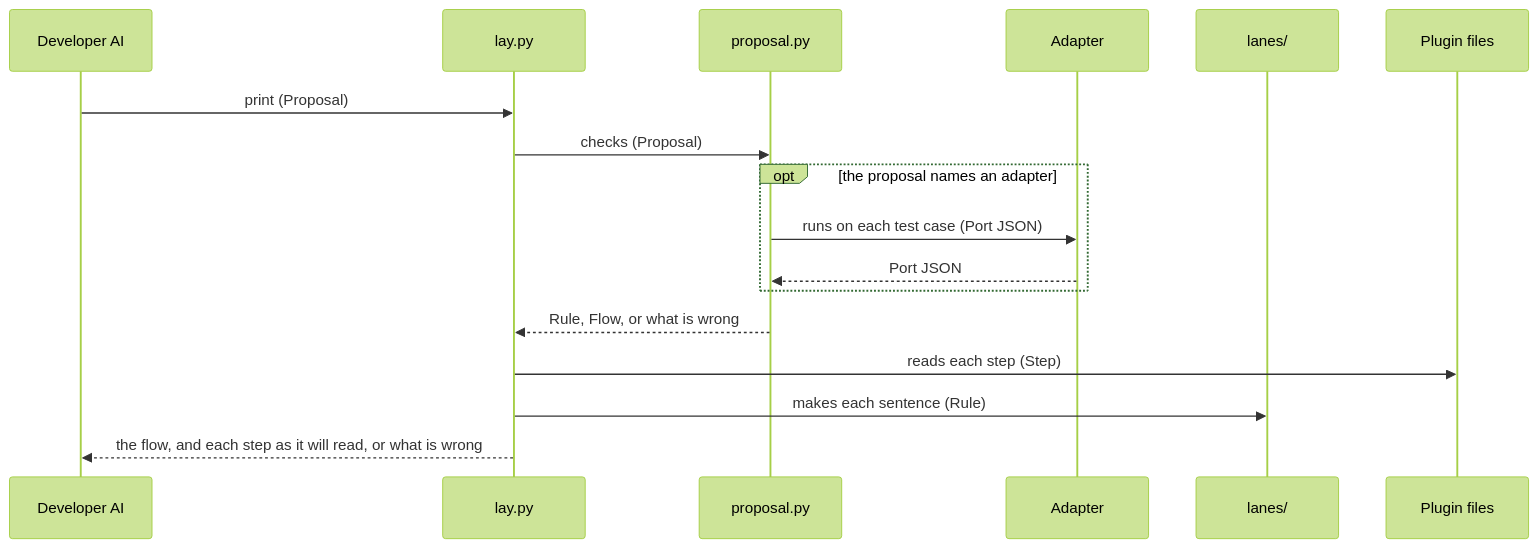
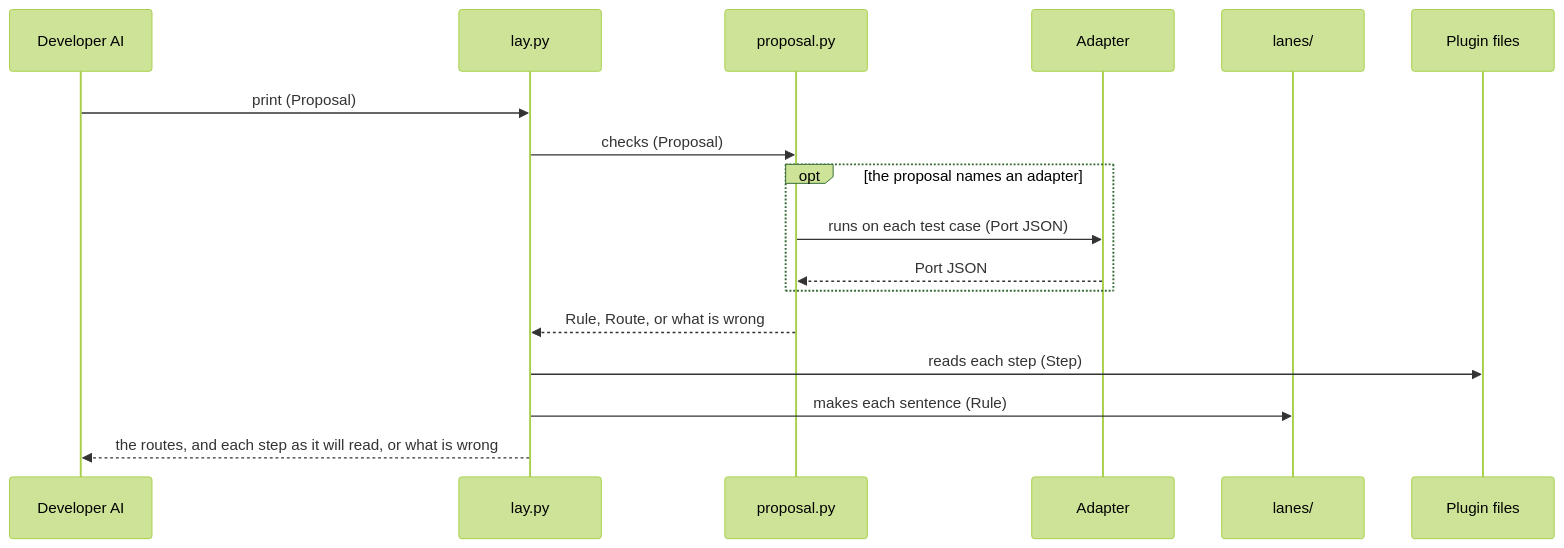
One commit to lovaizu/ccpm changed the first of 5 diagrams in dev/lane/architecture.md. Above: the diagram before and after it, drawn with Mermaid (forest theme). The commit also changed other lines of this file and 5 other files, not shown here.

````diff
--- a/dev/lane/architecture.md
+++ b/dev/lane/architecture.md
@@ -137,19 +158,19 @@
 ```mermaid
 sequenceDiagram
   participant DA as Developer AI
   participant L as lay.py
   participant P as proposal.py
   participant AD as Adapter
   participant LN as lanes/
   participant PF as Plugin files
   DA->>L: print (Proposal)
   L->>P: checks (Proposal)
   opt the proposal names an adapter
     P->>AD: runs on each test case (Port JSON)
     AD-->>P: Port JSON
   end
-  P-->>L: Rule, Flow, or what is wrong
+  P-->>L: Rule, Route, or what is wrong
   L->>PF: reads each step (Step)
   L->>LN: makes each sentence (Rule)
-  L-->>DA: the flow, and each step as it will read, or what is wrong
+  L-->>DA: the routes, and each step as it will read, or what is wrong
 ```
````
